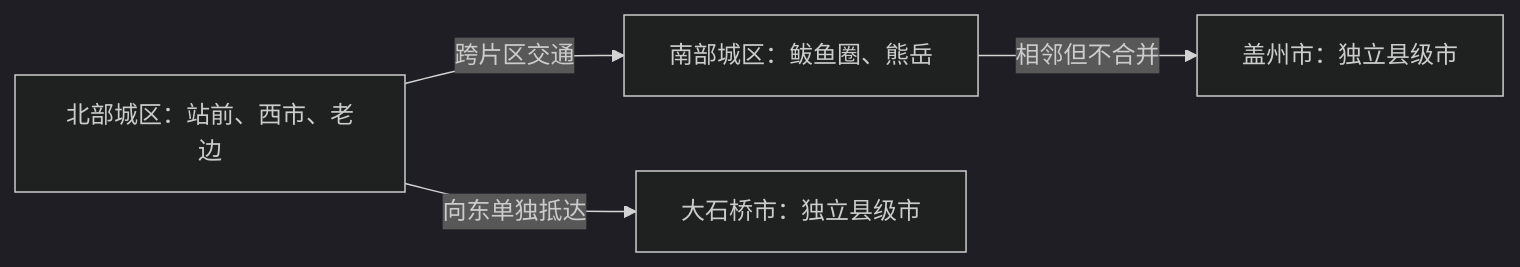
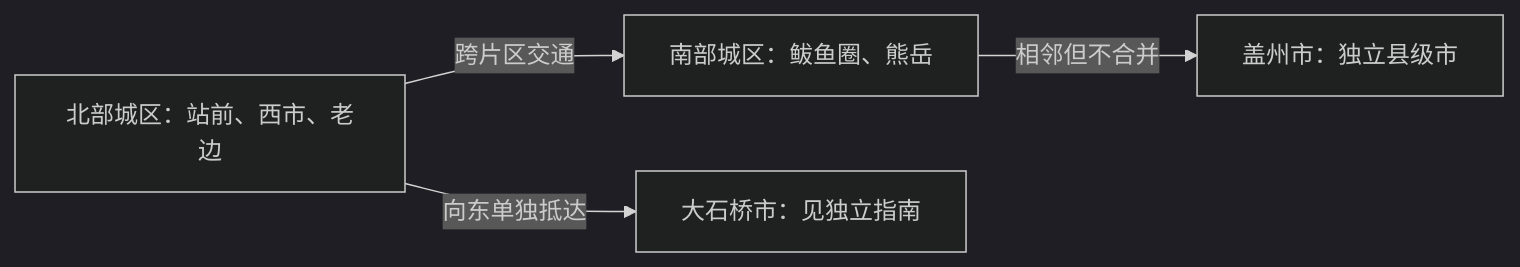
The diagram in destinations/中国/辽宁省/营口市.md (cyrilggg/travel-database), drawn with Mermaid (dark theme) before and after one commit. The commit also changed other lines of this file and 29 other files, not shown here.

````diff
--- a/destinations/中国/辽宁省/营口市.md
+++ b/destinations/中国/辽宁省/营口市.md
@@ -49,6 +49,6 @@
 ```mermaid
 flowchart LR
   A["北部城区：站前、西市、老边"] -->|跨片区交通| B["南部城区：鲅鱼圈、熊岳"]
-  A -->|向东单独抵达| C["大石桥市：独立县级市"]
+  A -->|向东单独抵达| C["大石桥市：见独立指南"]
   B -->|相邻但不合并| D["盖州市：独立县级市"]
 ```
````
